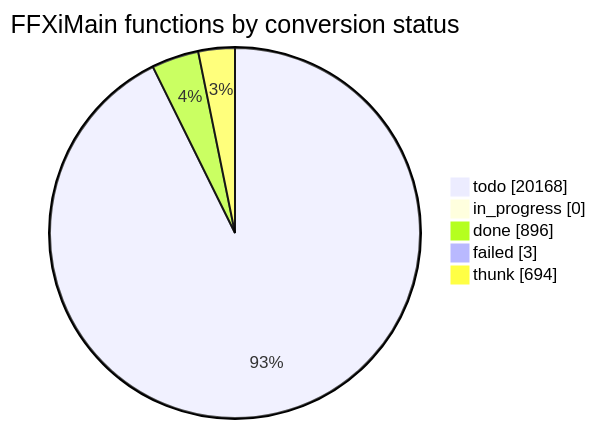
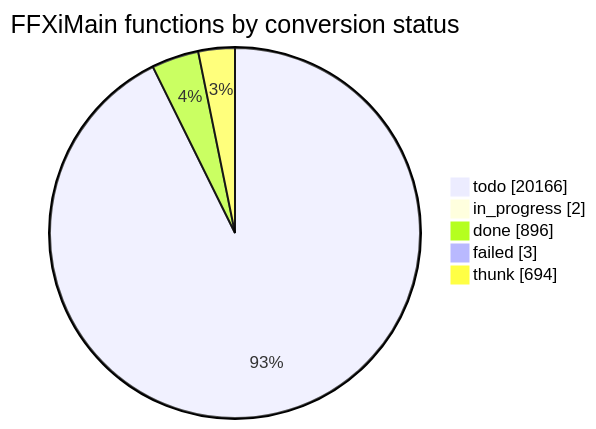
Before and after one commit to cowrevenge/cow_kuluu_xi_anything: the diagram in docs/cow/STATUS.md, drawn with Mermaid. The commit also changed other lines of this file and 7 other files, not shown here.

````diff
--- a/docs/cow/STATUS.md
+++ b/docs/cow/STATUS.md
@@ -18,9 +18,9 @@
 ```mermaid
 pie showData
     title FFXiMain functions by conversion status
-    "todo" : 20168
-    "in_progress" : 0
+    "todo" : 20166
+    "in_progress" : 2
     "done" : 896
     "failed" : 3
     "thunk" : 694
 ```
````
